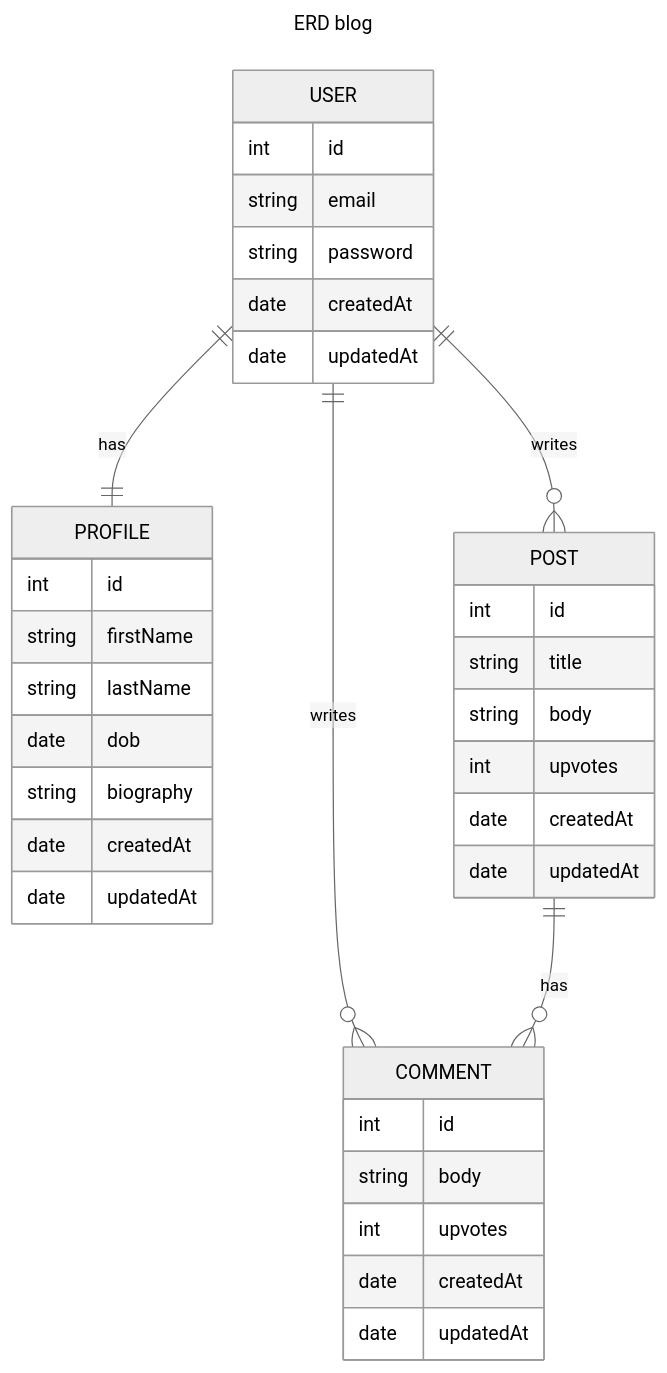
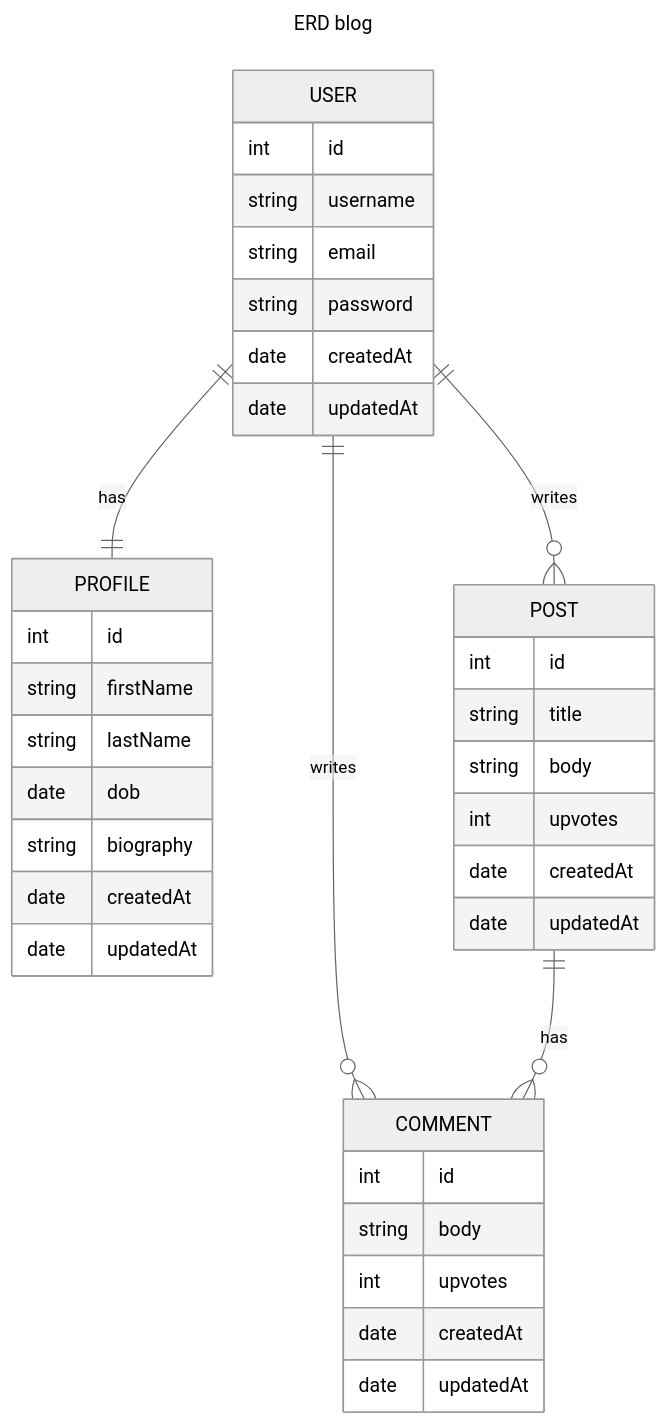
One commit to AllyDouillette/database-blog-challenge changed the diagram in prisma/erd.mermaid. Above: the diagram before and after it, drawn with Mermaid (neutral theme). The commit also changed 1 other file, not shown here.

Commit message:
add Profile to model

````diff
--- a/prisma/erd.mermaid
+++ b/prisma/erd.mermaid
@@ -1,41 +1,42 @@
 ```mermaid
 ---
 title: ERD blog
 ---
 erDiagram
     USER {
         int id
-        string  email
-        string  password
+        string username
+        string email
+        string password
         date createdAt
         date updatedAt
     }
     USER ||--|| PROFILE: has
     PROFILE {
         int id
         string firstName
         string lastName
         date dob
         string  biography
         date createdAt
         date updatedAt
     }
     USER ||--o{ POST: writes
     POST {
         int id
         string title
         string body
         int upvotes
         date createdAt
         date updatedAt
     }
-    USER ||--o{ COMMENT : writes
+    USER ||--o{ COMMENT: writes
     COMMENT {
         int id
         string body
         int upvotes
         date createdAt
         date updatedAt
     }
     POST ||--o{ COMMENT: has
 ```
````
